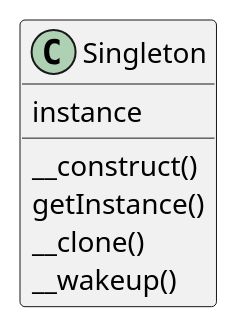
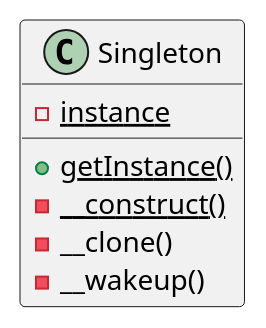
Before and after one commit to NaMaple/daily_code: the diagram in DesignPatterns/Creational/1.Singleton/Singleton.puml, drawn with PlantUML.

Commit message:
简单工厂模式

```diff
--- a/DesignPatterns/Creational/1.Singleton/Singleton.puml
+++ b/DesignPatterns/Creational/1.Singleton/Singleton.puml
@@ -1,12 +1,13 @@
 @startuml
 
 class Singleton {
-    instance
-    __construct()
-    getInstance()
-    __clone()
-    __wakeup()
+    - {static} instance
+
+    + {static} getInstance()
+    - {static} __construct()
+    - __clone()
+    - __wakeup()
 }
 
 
 @enduml
```
